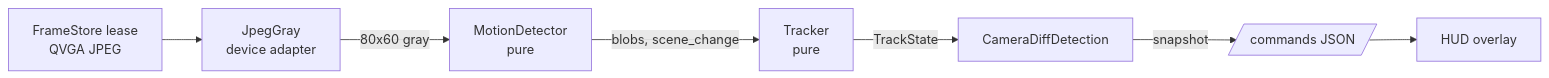
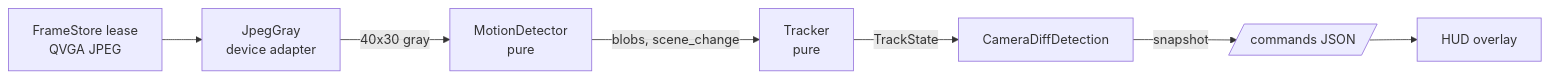
Before and after one commit to KoganTheDev/void-sentry-esp32: the diagram in docs/superpowers/specs/2026-10-12-void-sentry-stage2-motion-tracking-design.md, drawn with Mermaid. The commit also changed other lines of this file and 1 other file, not shown here.

````diff
--- a/docs/superpowers/specs/2026-10-12-void-sentry-stage2-motion-tracking-design.md
+++ b/docs/superpowers/specs/2026-10-12-void-sentry-stage2-motion-tracking-design.md
@@ -23,9 +23,9 @@
 ```mermaid
 flowchart LR
     FS[FrameStore lease<br/>QVGA JPEG] --> JG[JpegGray<br/>device adapter]
-    JG -->|80x60 gray| MD[MotionDetector<br/>pure]
+    JG -->|40x30 gray| MD[MotionDetector<br/>pure]
     MD -->|blobs, scene_change| TR[Tracker<br/>pure]
     TR -->|TrackState| CDD[CameraDiffDetection]
     CDD -->|snapshot| CMD[/commands JSON/]
     CMD --> HUD[HUD overlay]
 ```
````
